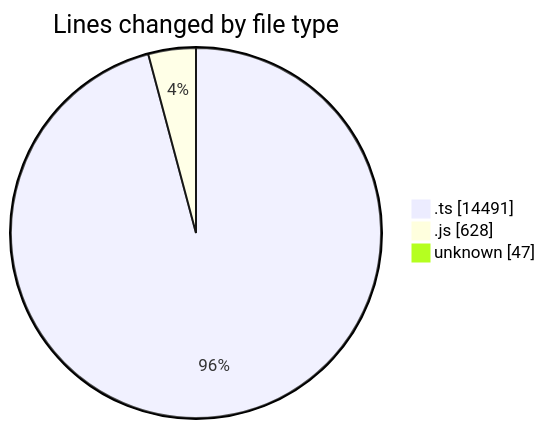
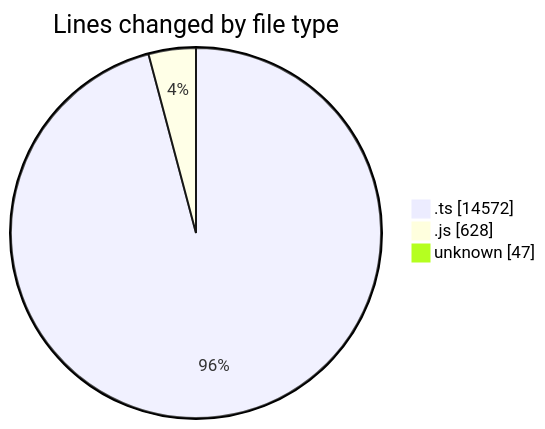
The first of 2 diagrams in 2025-09-05/cda/README.md (momahboobian/code-tracking), drawn with Mermaid before and after one commit. The commit also changed other lines of this file and 1 other file, not shown here.

````diff
--- a/2025-09-05/cda/README.md
+++ b/2025-09-05/cda/README.md
@@ -27,7 +27,7 @@
 ```mermaid
 pie showData
 title Lines changed by file type
-".ts" : 14491
+".ts" : 14572
 ".js" : 628
 "unknown" : 47
 ```
````
